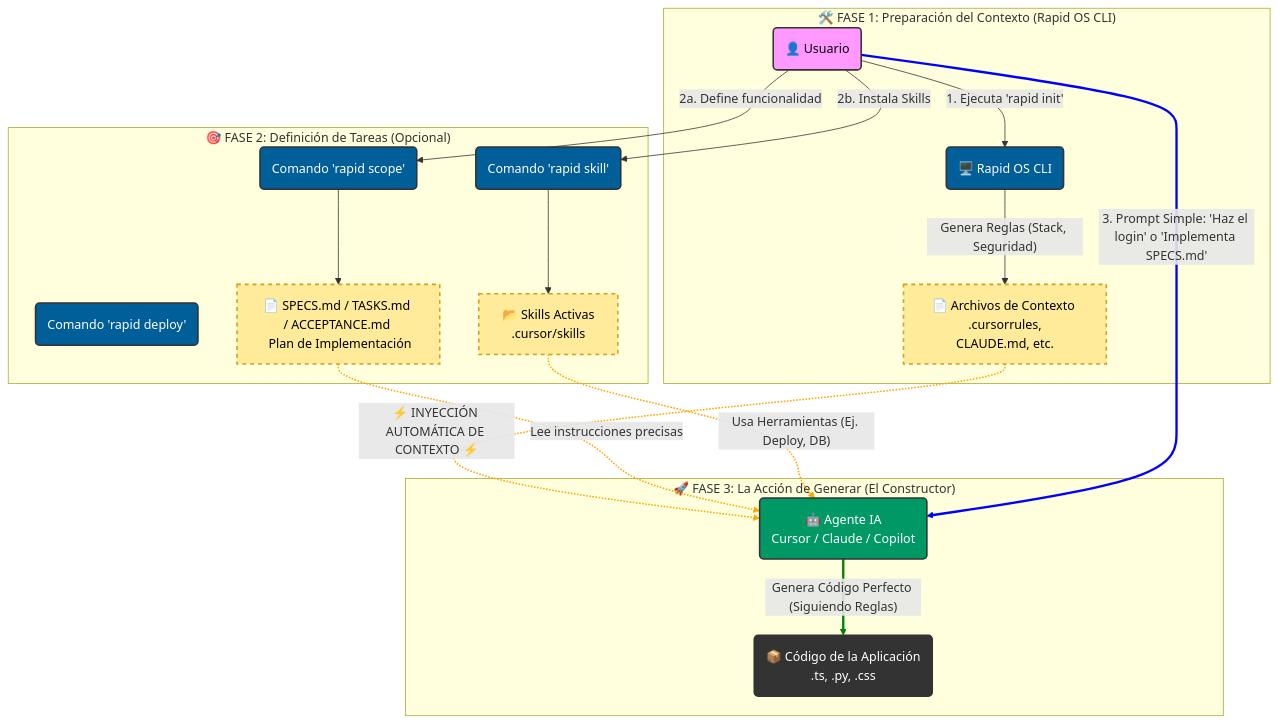
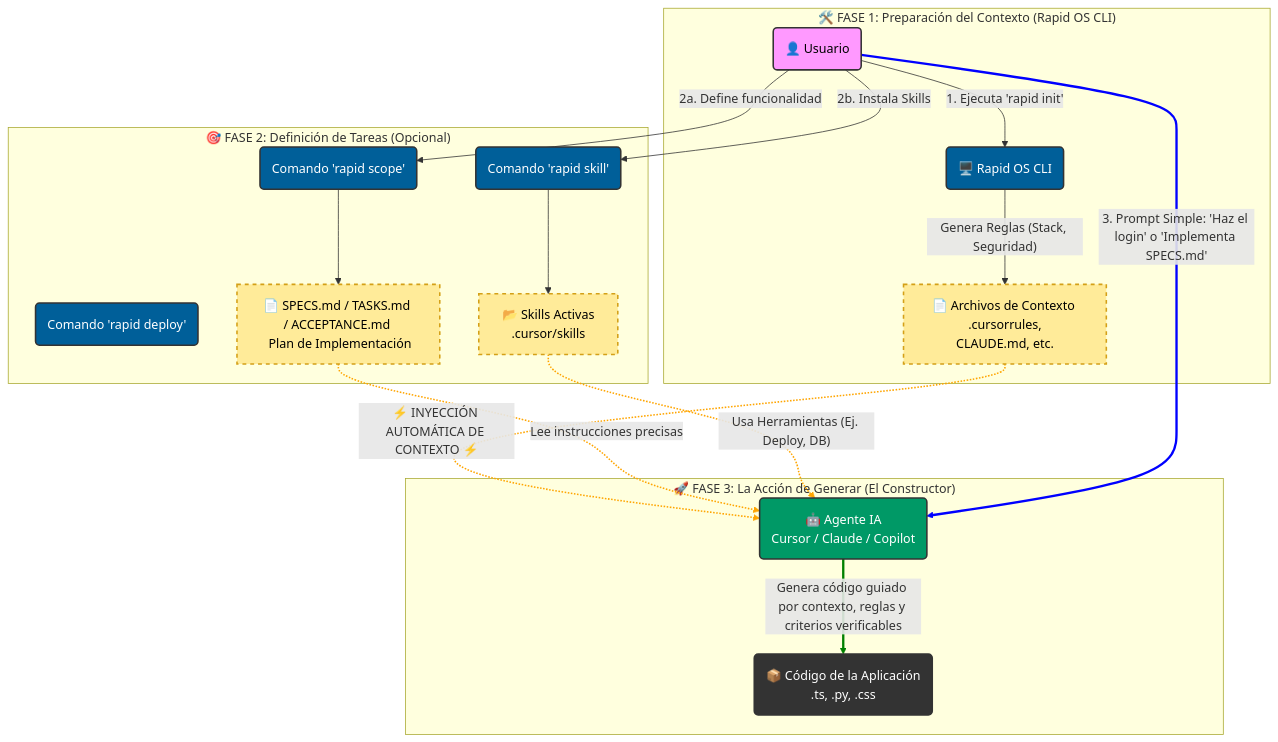
One commit to alyconr/Rapid-OS changed the diagram in README.md. Above: the diagram before and after it, drawn with Mermaid. The commit also changed other lines of this file and 1 other file, not shown here.

````diff
--- a/README.md
+++ b/README.md
@@ -81,59 +81,59 @@
 ```mermaid
 graph TD
     %% Estilos
     classDef user fill:#f9f,stroke:#333,stroke-width:2px,color:black;
     classDef rapid fill:#005f99,stroke:#333,stroke-width:2px,color:white;
     classDef context fill:#ffeb99,stroke:#d4a017,stroke-width:2px,stroke-dasharray: 5 5,color:black;
     classDef ai fill:#009966,stroke:#333,stroke-width:2px,color:white;
     classDef code fill:#333,stroke:#333,stroke-width:2px,color:white;
 
     %% Nodos Principales
     User(👤 Usuario):::user
     AI(🤖 Agente IA <br> Cursor / Claude / Copilot):::ai
     FinalCode(📦 Código de la Aplicación <br> .ts, .py, .css):::code
 
     %% Subgrafo: Rapid OS (El Director Técnico)
     subgraph "🛠️ FASE 1: Preparación del Contexto (Rapid OS CLI)"
         RapidCLI(🖥️ Rapid OS CLI):::rapid
 
         User -->|1. Ejecuta 'rapid init'| RapidCLI
 
         ContextFiles[📄 Archivos de Contexto <br> .cursorrules, CLAUDE.md, etc.]:::context
         RapidCLI -->|"Genera Reglas (Stack, Seguridad)"| ContextFiles
     end
 
     %% Subgrafo: Tareas Específicas (Opcional)
     subgraph "🎯 FASE 2: Definición de Tareas (Opcional)"
         ScopeCmd(Comando 'rapid scope'):::rapid
         DeployCmd(Comando 'rapid deploy'):::rapid
         SkillCmd(Comando 'rapid skill'):::rapid
 
         User -->|2a. Define funcionalidad| ScopeCmd
         User -->|2b. Instala Skills| SkillCmd
 
         SpecsFile[📄 SPECS.md / TASKS.md / ACCEPTANCE.md <br> Plan de Implementación]:::context
         SkillsFolder[📂 Skills Activas <br> .cursor/skills]:::context
 
         ScopeCmd --> SpecsFile
         SkillCmd --> SkillsFolder
     end
 
     %% Subgrafo: La Generación Real (El Constructor)
     subgraph "🚀 FASE 3: La Acción de Generar (El Constructor)"
         %% La Inyección Mágica
         ContextFiles -.->|"⚡ INYECCIÓN AUTOMÁTICA DE CONTEXTO ⚡"| AI
         SpecsFile -.->|"Lee instrucciones precisas"| AI
         SkillsFolder -.->|"Usa Herramientas (Ej. Deploy, DB)"| AI
 
         %% La Acción del Usuario - CORREGIDA
         User == "3. Prompt Simple: 'Haz el login' o 'Implementa SPECS.md'" ==> AI
 
         %% El Resultado
-        AI ==>|"Genera Código Perfecto (Siguiendo Reglas)"| FinalCode
+        AI ==>|"Genera código guiado por contexto, reglas y criterios verificables"| FinalCode
     end
 
     %% Leyenda
     linkStyle 6,7,8 stroke:orange,stroke-width:2px,fill:none;
     linkStyle 9 stroke:blue,stroke-width:3px,fill:none;
     linkStyle 10 stroke:green,stroke-width:3px,fill:none;
 ```
````
